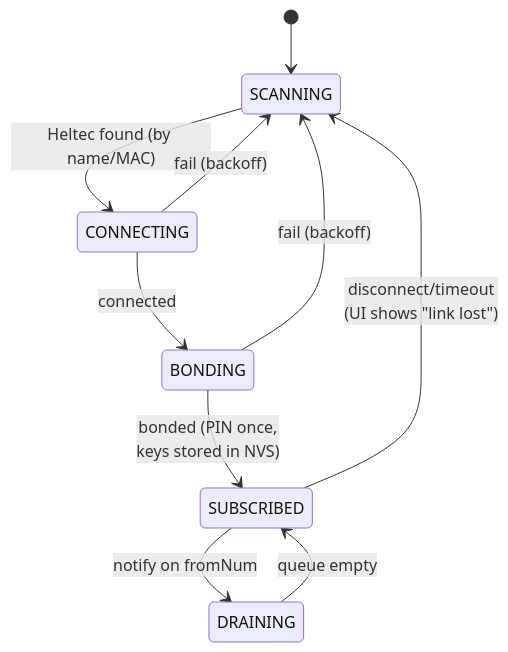
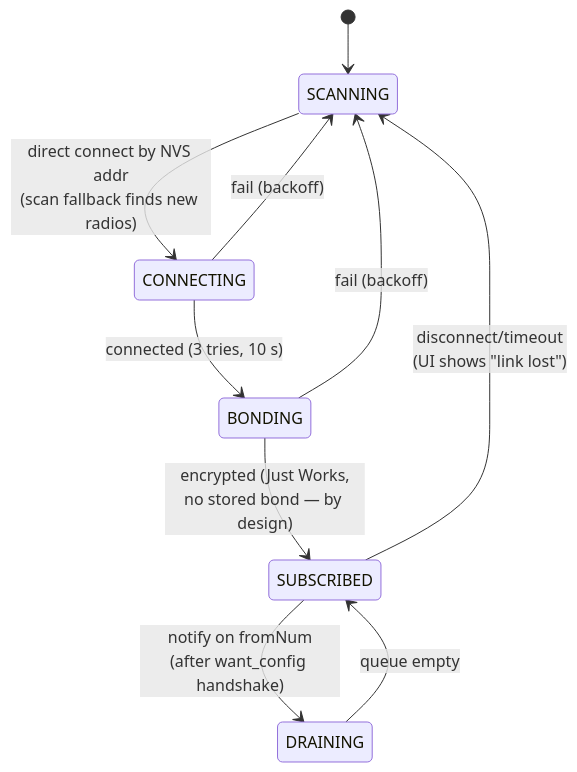
Before and after one commit to deosgracius/offgrid-vehicle-tracker: the seventh of 7 diagrams in docs/ARCHITECTURE.md, drawn with Mermaid. The commit also changed other lines of this file, not shown here.

First line of the commit message:
Sync ARCHITECTURE.md diagrams with shipped firmware

````diff
--- a/docs/ARCHITECTURE.md
+++ b/docs/ARCHITECTURE.md
@@ -132,12 +133,12 @@
 ```mermaid
 stateDiagram-v2
     [*] --> SCANNING
-    SCANNING --> CONNECTING: Heltec found (by name/MAC)
-    CONNECTING --> BONDING: connected
-    BONDING --> SUBSCRIBED: bonded (PIN once,<br/>keys stored in NVS)
-    SUBSCRIBED --> DRAINING: notify on fromNum
+    SCANNING --> CONNECTING: direct connect by NVS addr<br/>(scan fallback finds new radios)
+    CONNECTING --> BONDING: connected (3 tries, 10 s)
+    BONDING --> SUBSCRIBED: encrypted (Just Works,<br/>no stored bond — by design)
+    SUBSCRIBED --> DRAINING: notify on fromNum<br/>(after want_config handshake)
     DRAINING --> SUBSCRIBED: queue empty
     SUBSCRIBED --> SCANNING: disconnect/timeout<br/>(UI shows "link lost")
     CONNECTING --> SCANNING: fail (backoff)
     BONDING --> SCANNING: fail (backoff)
 ```
````
